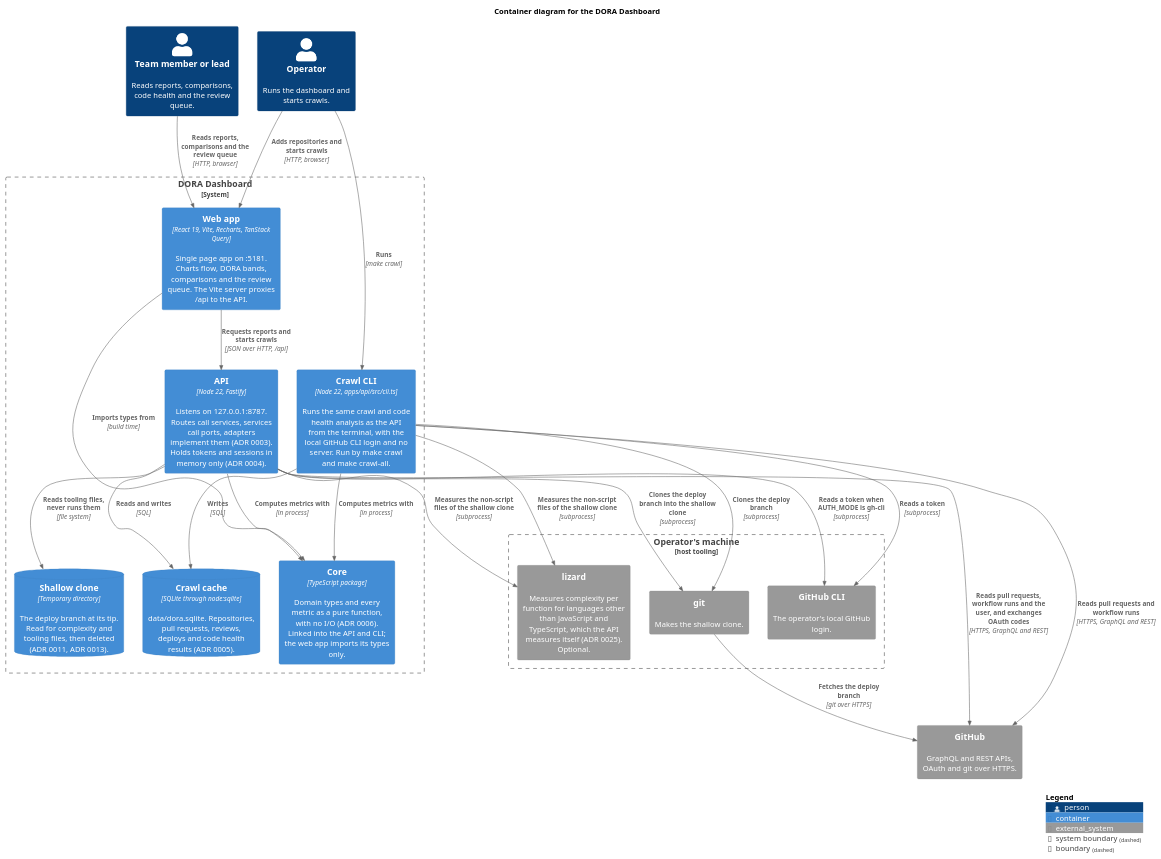
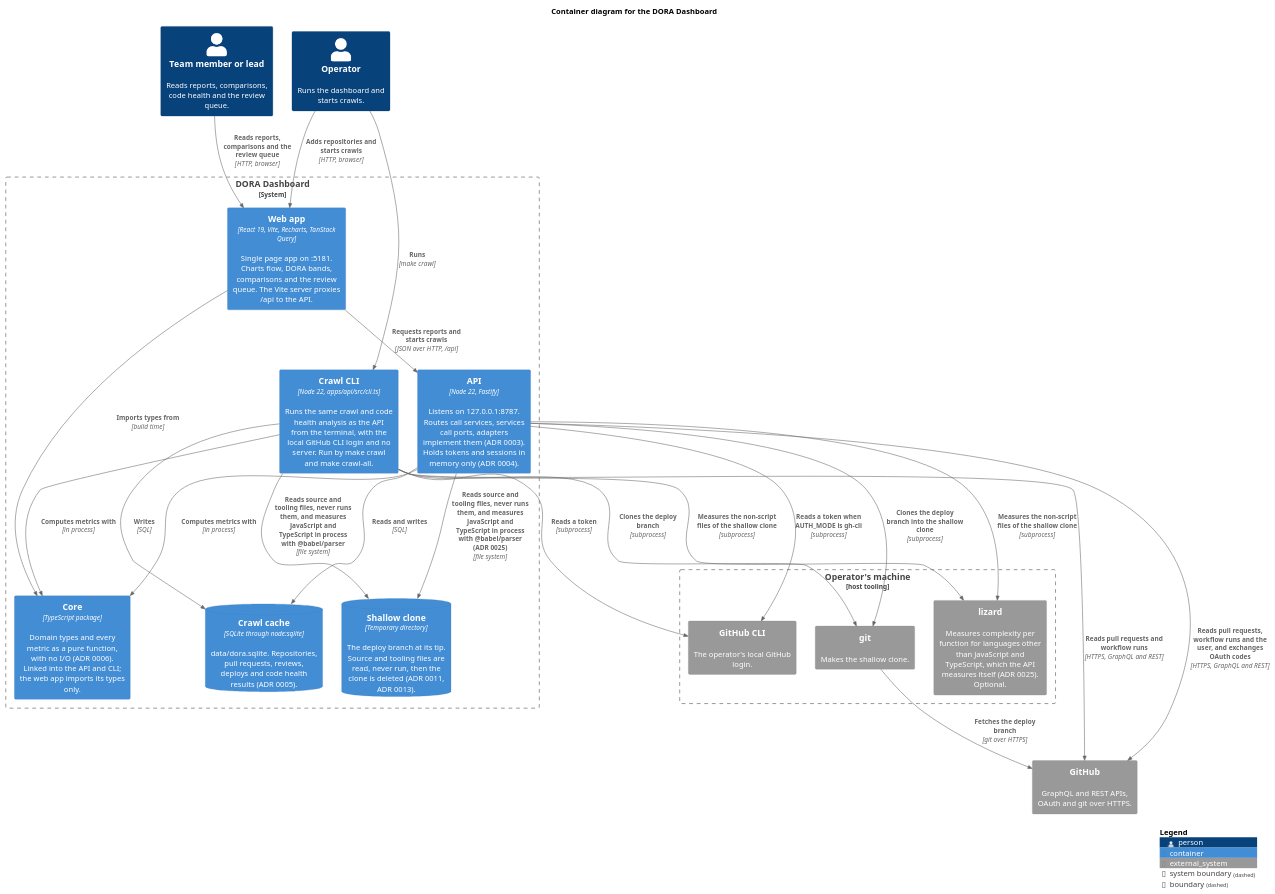
One commit to vfarah-if/dora-dashboard changed the diagram in docs/diagrams/c4-container.puml. Above: the diagram before and after it, drawn with PlantUML. The commit also changed 31 other files, not shown here.

```diff
--- a/docs/diagrams/c4-container.puml
+++ b/docs/diagrams/c4-container.puml
@@ -1,61 +1,62 @@
 @startuml c4-container
 ' C4 level 2: the deployable parts of the DORA Dashboard and how they talk.
 ' Uses the C4-PlantUML library bundled with PlantUML, so it renders offline.
 !include <C4/C4_Container>
 
 LAYOUT_TOP_DOWN()
 LAYOUT_WITH_LEGEND()
 
 title Container diagram for the DORA Dashboard
 
 Person(reader, "Team member or lead", "Reads reports, comparisons, code health and the review queue.")
 Person(operator, "Operator", "Runs the dashboard and starts crawls.")
 
 System_Boundary(dashboard, "DORA Dashboard") {
   Container(web, "Web app", "React 19, Vite, Recharts, TanStack Query", "Single page app on :5181. Charts flow, DORA bands, comparisons and the review queue. The Vite server proxies /api to the API.")
   Container(api, "API", "Node 22, Fastify", "Listens on 127.0.0.1:8787. Routes call services, services call ports, adapters implement them (ADR 0003). Holds tokens and sessions in memory only (ADR 0004).")
   Container(cli, "Crawl CLI", "Node 22, apps/api/src/cli.ts", "Runs the same crawl and code health analysis as the API from the terminal, with the local GitHub CLI login and no server. Run by make crawl and make crawl-all.")
   Container(core, "Core", "TypeScript package", "Domain types and every metric as a pure function, with no I/O (ADR 0006). Linked into the API and CLI; the web app imports its types only.")
   ContainerDb(db, "Crawl cache", "SQLite through node:sqlite", "data/dora.sqlite. Repositories, pull requests, reviews, deploys and code health results (ADR 0005).")
-  ContainerDb(clone, "Shallow clone", "Temporary directory", "The deploy branch at its tip. Read for complexity and tooling files, then deleted (ADR 0011, ADR 0013).")
+  ContainerDb(clone, "Shallow clone", "Temporary directory", "The deploy branch at its tip. Source and tooling files are read, never run, then the clone is deleted (ADR 0011, ADR 0013).")
 }
 
 System_Ext(github, "GitHub", "GraphQL and REST APIs, OAuth and git over HTTPS.")
 
 Boundary(host, "Operator's machine", "host tooling") {
   System_Ext(ghcli, "GitHub CLI", "The operator's local GitHub login.")
   System_Ext(git, "git", "Makes the shallow clone.")
   System_Ext(lizard, "lizard", "Measures complexity per function for languages other than JavaScript and TypeScript, which the API measures itself (ADR 0025). Optional.")
 }
 
 Lay_R(reader, operator)
 Lay_R(web, cli)
 Lay_R(db, clone)
 Lay_R(ghcli, git)
 Lay_R(git, lizard)
 
 Rel(reader, web, "Reads reports, comparisons and the review queue", "HTTP, browser")
 Rel(operator, web, "Adds repositories and starts crawls", "HTTP, browser")
 Rel(operator, cli, "Runs", "make crawl")
 
 Rel(web, api, "Requests reports and starts crawls", "JSON over HTTP, /api")
 Rel(web, core, "Imports types from", "build time")
 
 Rel(api, core, "Computes metrics with", "in process")
 Rel(cli, core, "Computes metrics with", "in process")
 Rel(api, db, "Reads and writes", "SQL")
 Rel(cli, db, "Writes", "SQL")
-Rel(api, clone, "Reads tooling files, never runs them", "file system")
+Rel(api, clone, "Reads source and tooling files, never runs them, and measures JavaScript and TypeScript in process with @babel/parser (ADR 0025)", "file system")
+Rel(cli, clone, "Reads source and tooling files, never runs them, and measures JavaScript and TypeScript in process with @babel/parser", "file system")
 
 Rel(api, github, "Reads pull requests, workflow runs and the user, and exchanges OAuth codes", "HTTPS, GraphQL and REST")
 Rel(cli, github, "Reads pull requests and workflow runs", "HTTPS, GraphQL and REST")
 Rel(api, ghcli, "Reads a token when AUTH_MODE is gh-cli", "subprocess")
 Rel(cli, ghcli, "Reads a token", "subprocess")
 Rel(api, git, "Clones the deploy branch into the shallow clone", "subprocess")
 Rel(cli, git, "Clones the deploy branch", "subprocess")
 Rel(api, lizard, "Measures the non-script files of the shallow clone", "subprocess")
 Rel(cli, lizard, "Measures the non-script files of the shallow clone", "subprocess")
 Rel(git, github, "Fetches the deploy branch", "git over HTTPS")
 
 SHOW_LEGEND()
 @enduml
```
